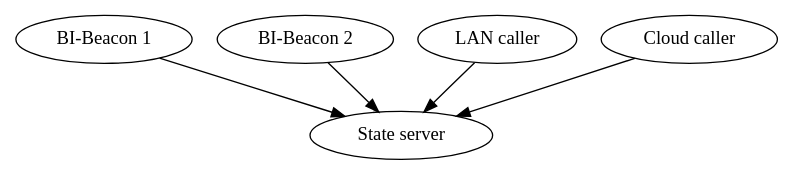
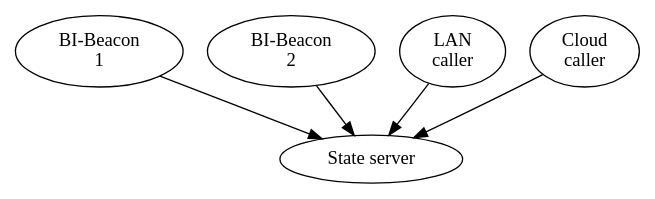
One commit to BI-Beacon/server changed the diagram in docs/architecture.gv. Above: the diagram before and after it, drawn with Graphviz. The commit also changed 1 other file, not shown here.

```diff
--- a/docs/architecture.gv
+++ b/docs/architecture.gv
@@ -1,13 +1,13 @@
 digraph bibeacon_architecture {
 
-	bibeacon_1 [ label="BI-Beacon 1" ]
-	bibeacon_2 [ label="BI-Beacon 2" ]
-	LAN_caller [ label="LAN caller" ]
-	Cloud_caller [ label="Cloud caller" ]
+	bibeacon_1 [ label="BI-Beacon\n1" ]
+	bibeacon_2 [ label="BI-Beacon\n2" ]
+	LAN_caller [ label="LAN\ncaller" ]
+	Cloud_caller [ label="Cloud\ncaller" ]
 	state_server [ label="State server" ]
 
 	bibeacon_1 -> state_server
 	bibeacon_2 -> state_server
 	LAN_caller -> state_server
 	Cloud_caller -> state_server
 }
```
